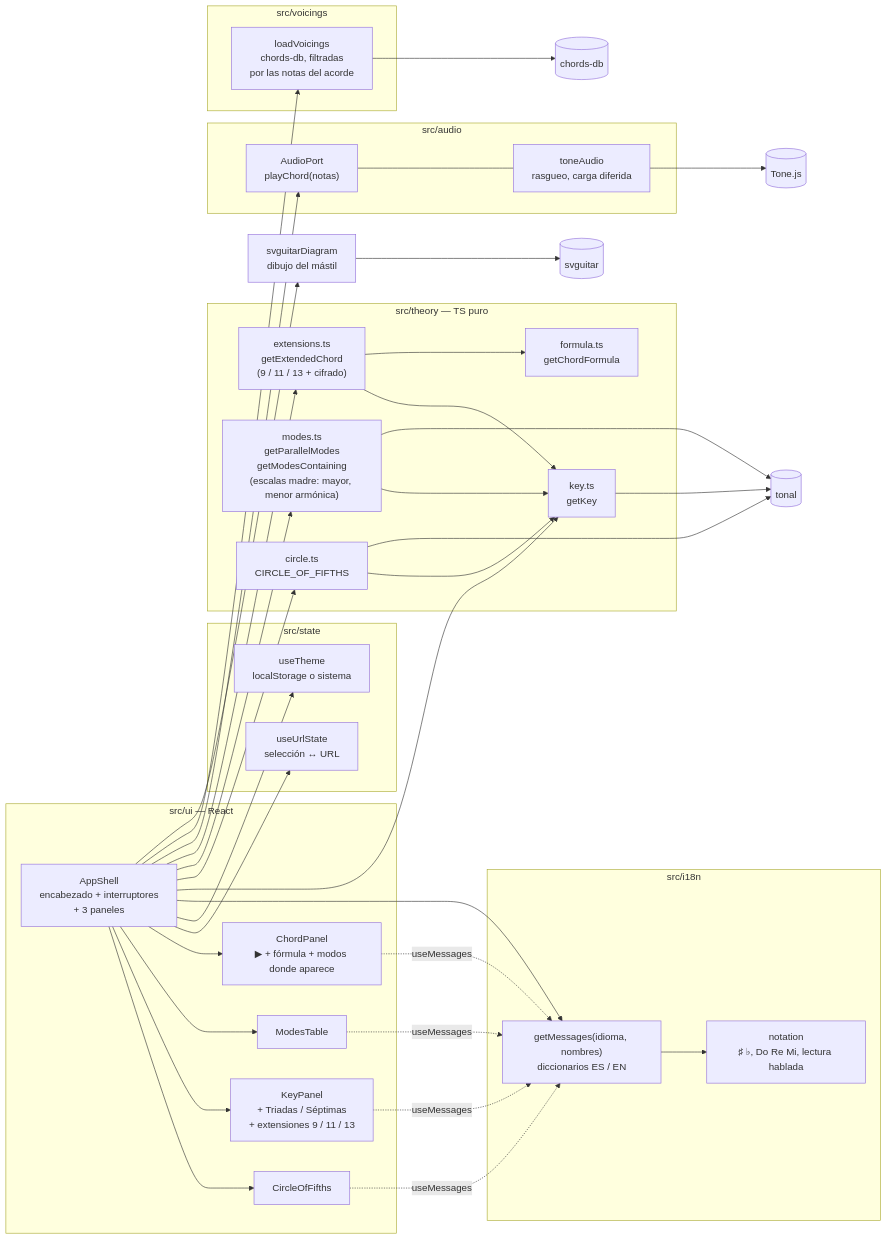
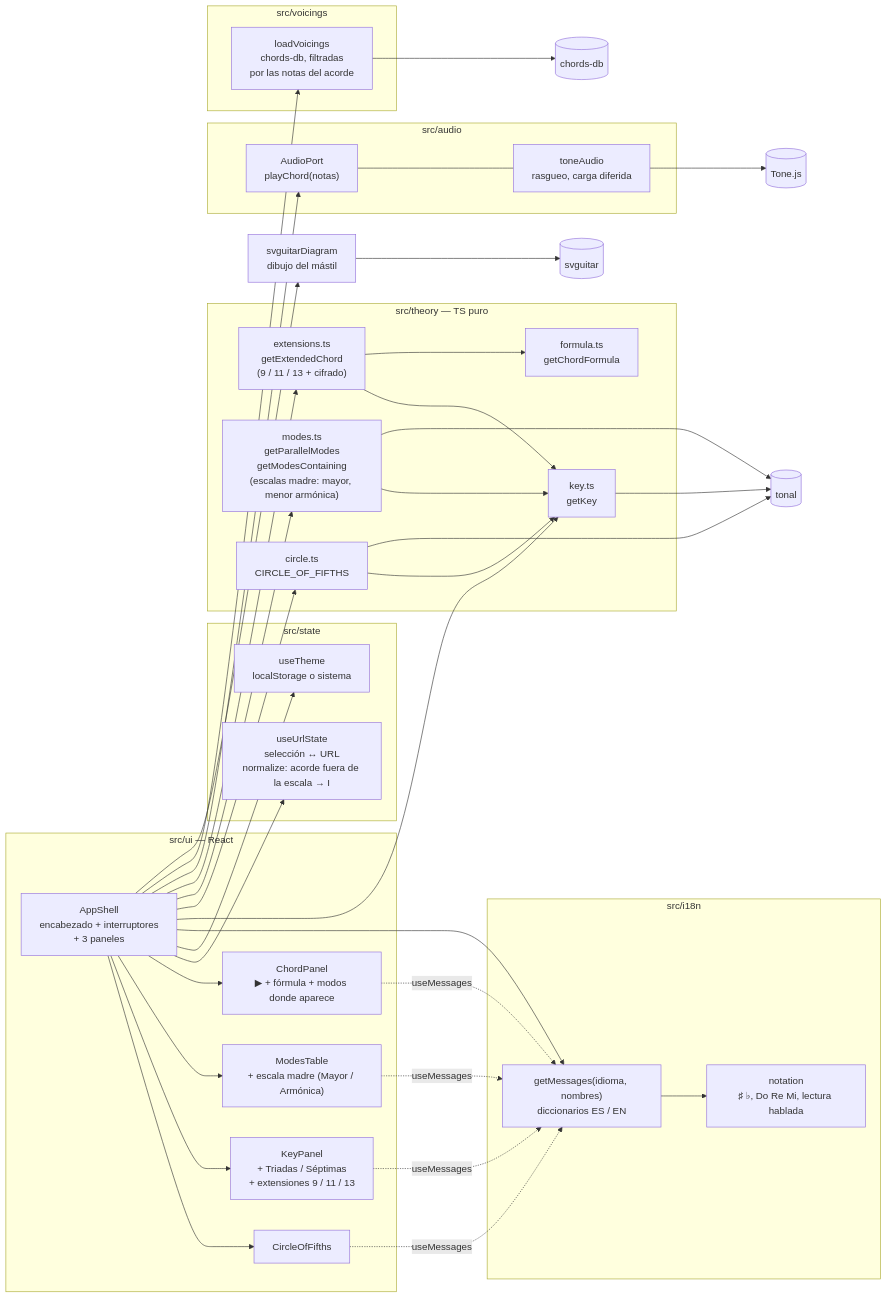
Before and after one commit to AndresPampa/cheetsheet-guitar: the first of 2 diagrams in README.md, drawn with Mermaid. The commit also changed other lines of this file and 18 other files, not shown here.

````diff
--- a/README.md
+++ b/README.md
@@ -72,62 +80,62 @@
 ```mermaid
 flowchart LR
     subgraph ui["src/ui — React"]
         KE["AppShell<br/>encabezado + interruptores<br/>+ 3 paneles"]
         COF["CircleOfFifths"]
         KP["KeyPanel<br/>+ Triadas / Séptimas<br/>+ extensiones 9 / 11 / 13"]
-        MT["ModesTable"]
+        MT["ModesTable<br/>+ escala madre (Mayor / Armónica)"]
         CP["ChordPanel<br/>▶ + fórmula + modos donde aparece"]
         KE --> COF & KP & MT & CP
     end
 
     subgraph state["src/state"]
-        URL["useUrlState<br/>selección ↔ URL"]
+        URL["useUrlState<br/>selección ↔ URL<br/>normalize: acorde fuera de la escala → I"]
         THEME["useTheme<br/>localStorage o sistema"]
     end
 
     subgraph i18n["src/i18n"]
         MSG["getMessages(idioma, nombres)<br/>diccionarios ES / EN"]
         NOT["notation<br/>♯ ♭, Do Re Mi, lectura hablada"]
         MSG --> NOT
     end
 
     KE --> URL & THEME & MSG
     COF & KP & MT & CP -.->|useMessages| MSG
 
     subgraph theory["src/theory — TS puro"]
         KEY["key.ts<br/>getKey"]
         MOD["modes.ts<br/>getParallelModes<br/>getModesContaining<br/>(escalas madre: mayor, menor armónica)"]
         CIR["circle.ts<br/>CIRCLE_OF_FIFTHS"]
         EXT["extensions.ts<br/>getExtendedChord<br/>(9 / 11 / 13 + cifrado)"]
         FOR["formula.ts<br/>getChordFormula"]
         MOD --> KEY
         CIR --> KEY
         EXT --> KEY & FOR
     end
 
     subgraph audio["src/audio"]
         PORT["AudioPort<br/>playChord(notas)"]
         TONEA["toneAudio<br/>rasgueo, carga diferida"]
         PORT --- TONEA
     end
 
     TONAL[("tonal")]
     TONEJS[("Tone.js")]
 
     KE --> KEY & CIR & MOD & EXT
     KE --> PORT
     TONEA --> TONEJS
     KEY & MOD & CIR --> TONAL
 
     subgraph voicings["src/voicings"]
         LV["loadVoicings<br/>chords-db, filtradas<br/>por las notas del acorde"]
     end
 
     DRAW["svguitarDiagram<br/>dibujo del mástil"]
     CHORDSDB[("chords-db")]
     SVGUITAR[("svguitar")]
 
     KE --> LV & DRAW
     LV --> CHORDSDB
     DRAW --> SVGUITAR
 ```
````
